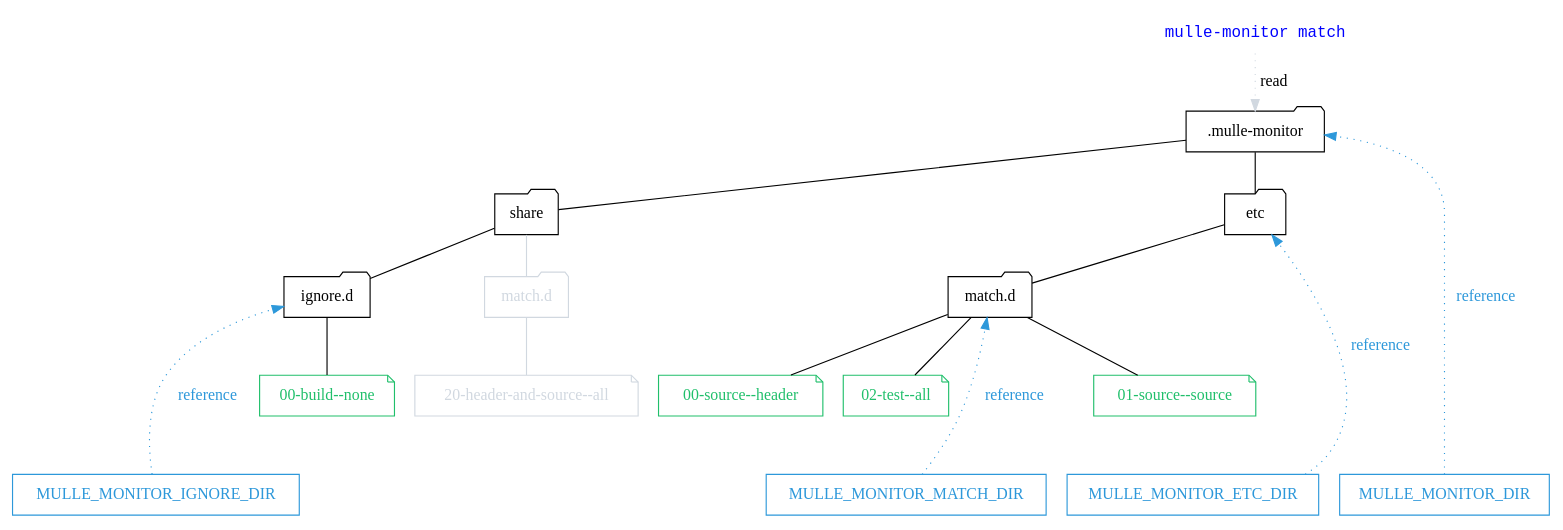
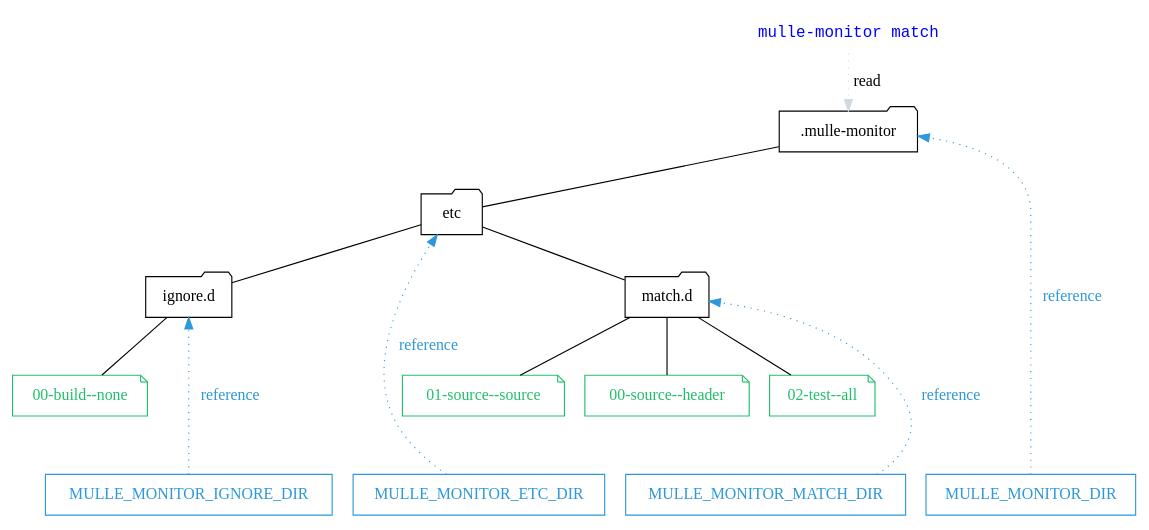
One commit to mulle-sde/mulle-match changed the diagram in dox/mulle-monitor-match.dot. Above: the diagram before and after it, drawn with Graphviz. The commit also changed 5 other files, not shown here.

```diff
--- a/dox/mulle-monitor-match.dot
+++ b/dox/mulle-monitor-match.dot
@@ -1,80 +1,68 @@
 digraph G {
     graph [rankdir = TD];
 
     "mulle-monitor match" [ shape="none", fontcolor="blue", fontname="monospace"]
 
     node[ shape=folder ];
 
     { rank = "same"; "mulle-monitor match" };
     { rank = "same"; ".mulle-monitor"  };
 
 
     edge[ arrowhead="none" ];
 
-    "match2"          [ shape="folder", label="match.d", color="#d1d8e0", fontcolor="#d1d8e0" ]
     "match.d"         [ shape="folder", label="match.d" ]
 
     node[shape=note, color="#20bf6b", fontcolor="#20bf6b"];
 
-    { rank = "same"; "match.d", "match2", "ignore2" };
+    { rank = "same"; "match.d", "ignore2" };
 
-    { rank = "same"; "s_source", "s_header", "s_test", "s_build", "s_header2" };
+    { rank = "same"; "s_source", "s_header", "s_test", "s_build"  };
 
     "s_header"        [ label="00-source--header"]
     "s_source"        [ label="01-source--source"]
     "s_test"          [ label="02-test--all"]
     "s_build"         [ label="00-build--none"]
-
-    "s_header2"       [ label="20-header-and-source--all", color="#d1d8e0", fontcolor="#d1d8e0"]
 
     node[shape=folder, color="black", fontcolor="black"];
 
     ".mulle-monitor"     -> "etc"
     "etc"                -> "match.d"
 
     "match.d"            -> "s_header"
     "match.d"            -> "s_source"
     "match.d"            -> "s_test"
 
-    ".mulle-monitor"     -> "share"
-
-    "share"              -> "ignore2"
+    "etc"                -> "ignore2"
 
     node[ shape=note, color="#d1d8e0", fontcolor="#d1d8e0"];
     edge[ arrowhead="none", color="#d1d8e0" ];
-
-    "share"              -> "match2"
-
-    "match2"          [ shape="folder", label="match.d", color="#d1d8e0", fontcolor="#d1d8e0" ]
     "ignore2"         [ shape="folder", label="ignore.d", color="black", fontcolor="black" ]
 
     "s_header"        [ label="00-source--header"]
     "s_source"        [ label="01-source--source"]
     "s_test"          [ label="02-test--all"]
 
     { rank = "same"; "s_source", "s_header", "s_test" };
-
-    "match2"   -> "s_header2"
 
     "ignore2"  -> "s_build" [ color="black" ]
 
     edge[ arrowhead="", style="dotted" ];
 
     "mulle-monitor match" -> ".mulle-monitor"  [ label="read" ]
 
     node[ shape=record, color="#2d98da", fontcolor="#2d98da"];
     edge[ arrowhead="", color="#2d98da", fontcolor="#2d98da", style="dotted", label=" reference" ];
 
     { rank = "same"; "MULLE_MONITOR_ETC_DIR", "MULLE_MONITOR_MATCH_DIR", "MULLE_MONITOR_DIR", "MULLE_MONITOR_IGNORE_DIR" };
 
     "s_source" -> "MULLE_MONITOR_DIR"        [ style="invis" ]
     "s_source" -> "MULLE_MONITOR_ETC_DIR"    [ style="invis" ]
     "s_source" -> "MULLE_MONITOR_MATCH_DIR"  [ style="invis" ]
-    "s_header2"  -> "MULLE_MONITOR_MATCH_DIR"  [ style="invis" ]
 
 
     "MULLE_MONITOR_MATCH_DIR"  -> "match.d"
     "MULLE_MONITOR_DIR"        -> ".mulle-monitor"
     "MULLE_MONITOR_ETC_DIR"    -> "etc"
     "MULLE_MONITOR_IGNORE_DIR" -> "ignore2"
 }
```
